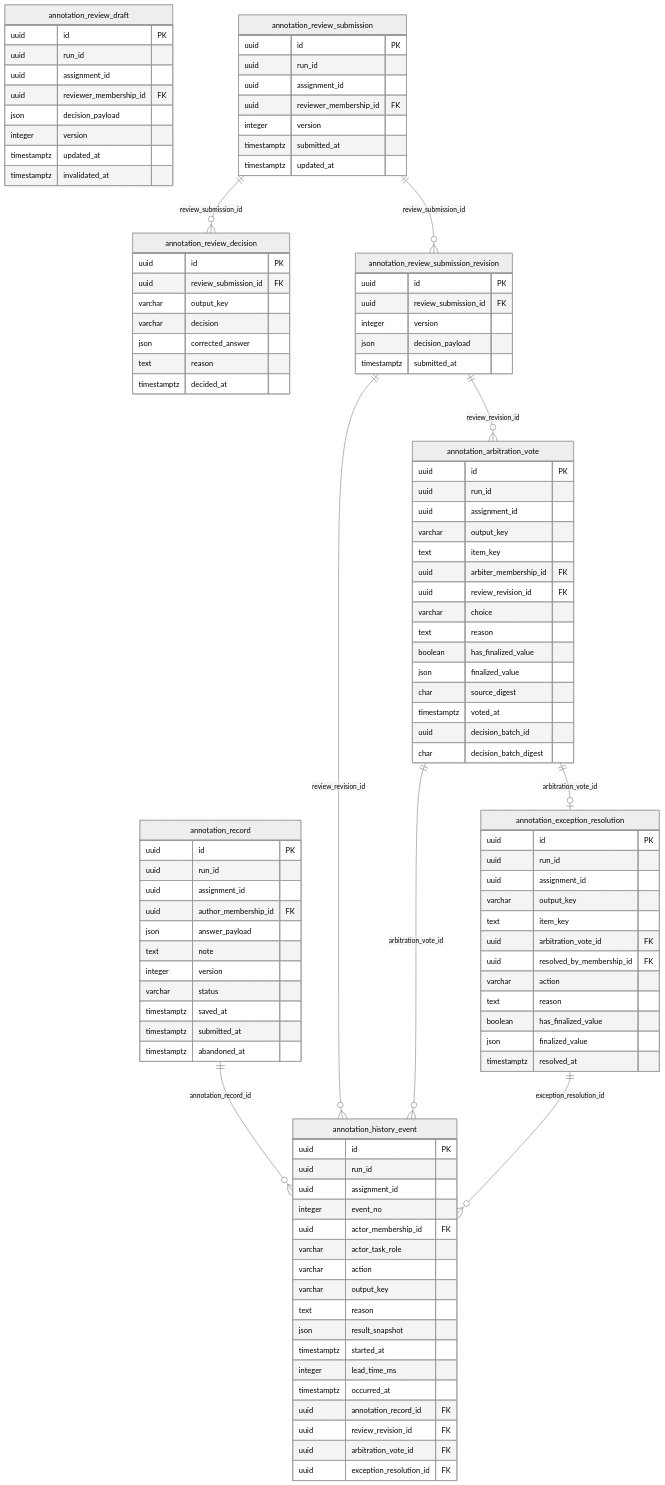
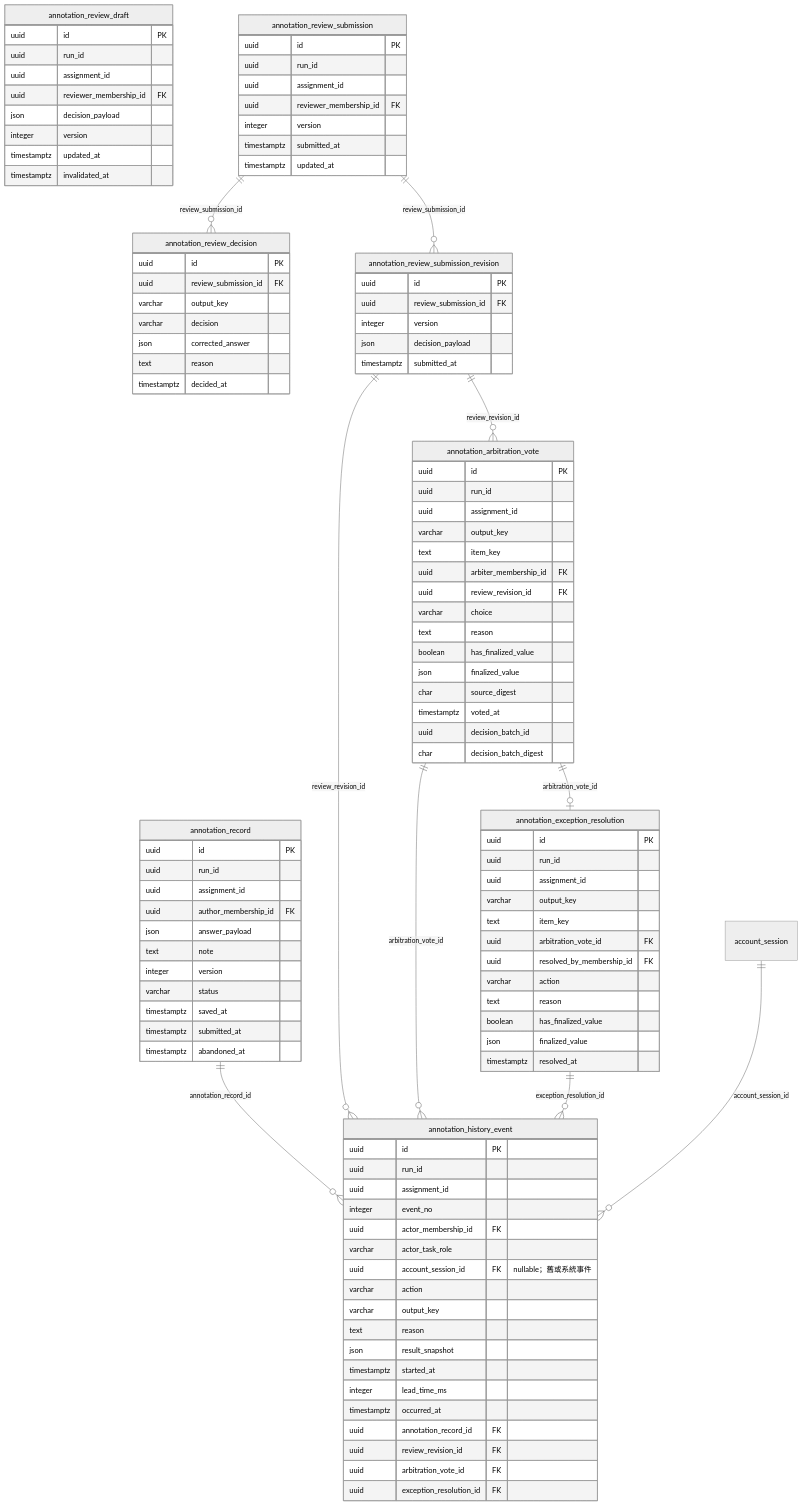
The diagram in docs/diagrams/architecture/annotation-review-db-schema.md (singyichen/label-suite), drawn with Mermaid (neutral theme) before and after one commit. The commit also changed other lines of this file and 6 other files, not shown here.

````diff
--- a/docs/diagrams/architecture/annotation-review-db-schema.md
+++ b/docs/diagrams/architecture/annotation-review-db-schema.md
@@ -91,6 +91,7 @@
         integer event_no
         uuid actor_membership_id FK
         varchar actor_task_role
+        uuid account_session_id FK "nullable；舊或系統事件"
         varchar action
         varchar output_key
         text reason
@@ -119,4 +120,5 @@
     annotation_review_submission_revision ||--o{ annotation_history_event : review_revision_id
     annotation_arbitration_vote ||--o{ annotation_history_event : arbitration_vote_id
     annotation_exception_resolution ||--o{ annotation_history_event : exception_resolution_id
+    account_session ||--o{ annotation_history_event : account_session_id
 ```
````
